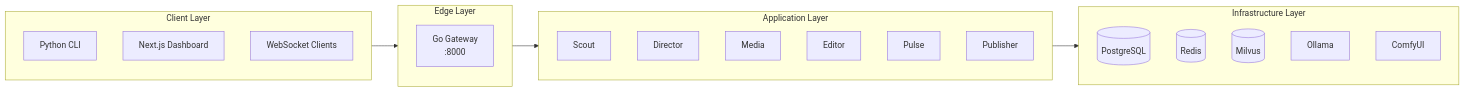
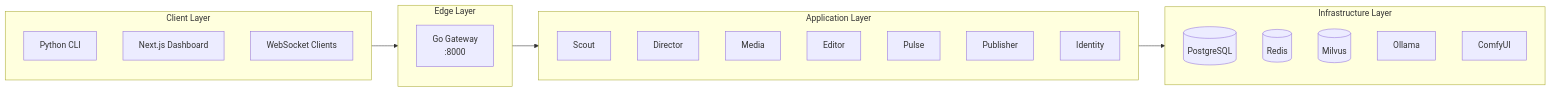
Before and after one commit to nebulae-official/orion: the first of 2 diagrams in docs/architecture/index.md, drawn with Mermaid. The commit also changed other lines of this file and 15 other files, not shown here.

````diff
--- a/docs/architecture/index.md
+++ b/docs/architecture/index.md
@@ -7,33 +7,34 @@
 ```mermaid
 graph LR
     subgraph Clients["Client Layer"]
         CLI["Python CLI"]
         Dash["Next.js Dashboard"]
         WS["WebSocket Clients"]
     end
 
     subgraph Edge["Edge Layer"]
         GW["Go Gateway\n:8000"]
     end
 
     subgraph App["Application Layer"]
         SC["Scout"]
         DR["Director"]
         MD["Media"]
         ED["Editor"]
         PL["Pulse"]
         PB["Publisher"]
+        ID["Identity"]
     end
 
     subgraph Infra["Infrastructure Layer"]
         PG[("PostgreSQL")]
         RD[("Redis")]
         MV[("Milvus")]
         OL["Ollama"]
         CU["ComfyUI"]
     end
 
     Clients --> Edge
     Edge --> App
     App --> Infra
 ```
````
